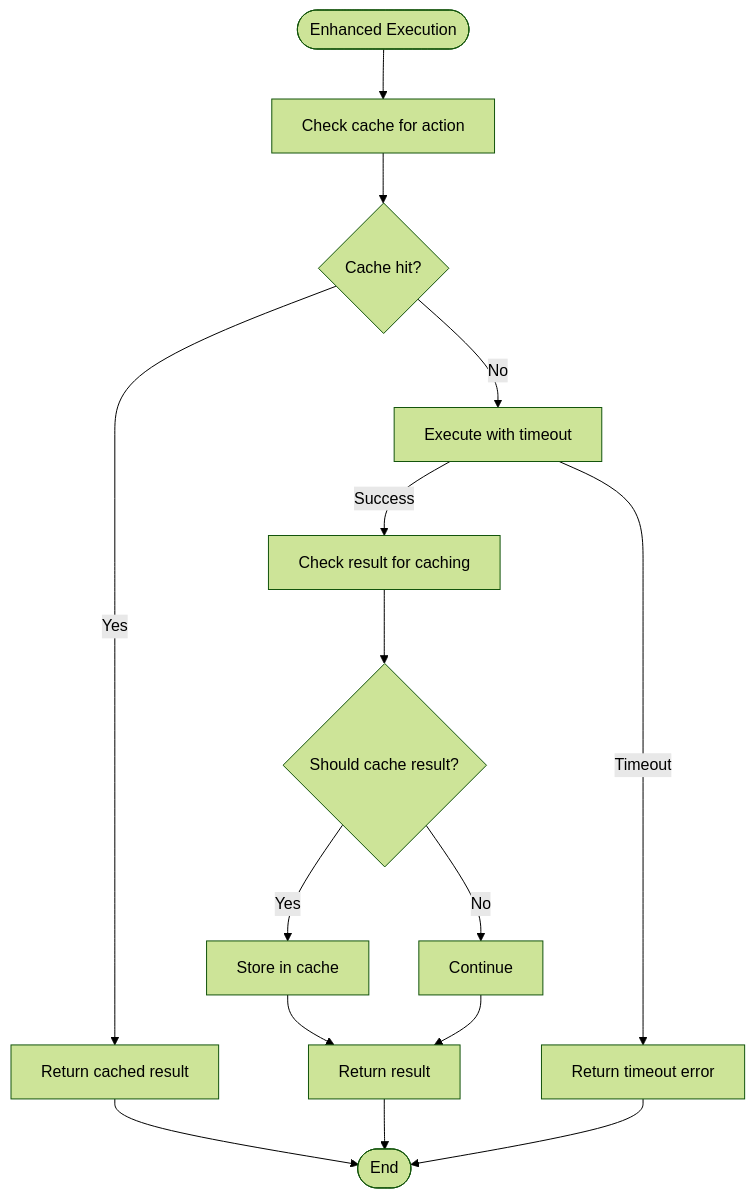
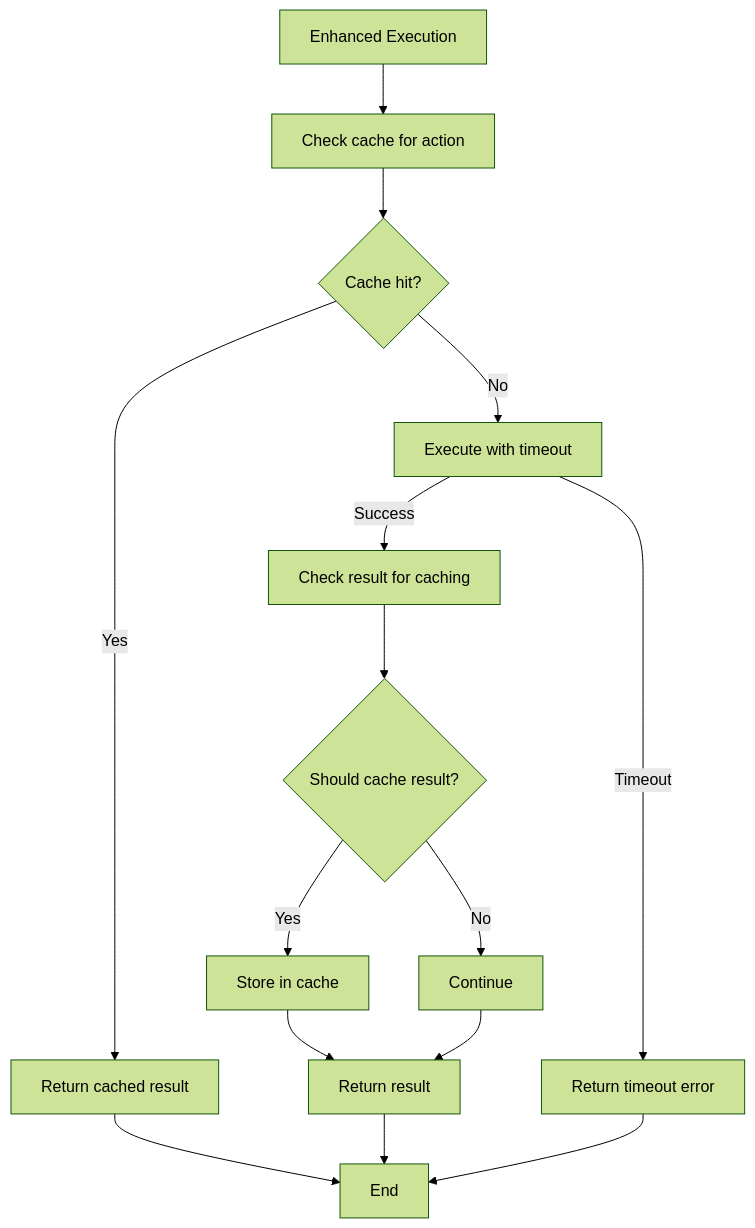
Before and after one commit to Likhithsai2580/RAVANA-WIKI: the seventh of 8 diagrams in docs/Action System/Action Manager.md, drawn with Mermaid (forest theme). The commit also changed other lines of this file and 52 other files, not shown here.

First line of the commit message:
chore(docs): update documentation content, fix Mermaid diagrams, and enhance README

````diff
--- a/docs/Action System/Action Manager.md
+++ b/docs/Action System/Action Manager.md
@@ -280,17 +280,17 @@
 ```mermaid
 flowchart TD
-Start([Enhanced Execution]) --> CheckCache["Check cache for action"]
+Start["Enhanced Execution"] --> CheckCache["Check cache for action"]
 CheckCache --> CacheHit{"Cache hit?"}
 CacheHit --> |Yes| ReturnCached["Return cached result"]
 CacheHit --> |No| ApplyTimeout["Execute with timeout"]
 ApplyTimeout --> |Success| CheckResult["Check result for caching"]
 CheckResult --> ShouldCache{"Should cache result?"}
 ShouldCache --> |Yes| StoreCache["Store in cache"]
 ShouldCache --> |No| Continue
 StoreCache --> ReturnResult["Return result"]
 Continue --> ReturnResult
 ApplyTimeout --> |Timeout| HandleTimeout["Return timeout error"]
-ReturnCached --> End([End])
+ReturnCached --> End["End"]
 ReturnResult --> End
 HandleTimeout --> End
 ```
````
